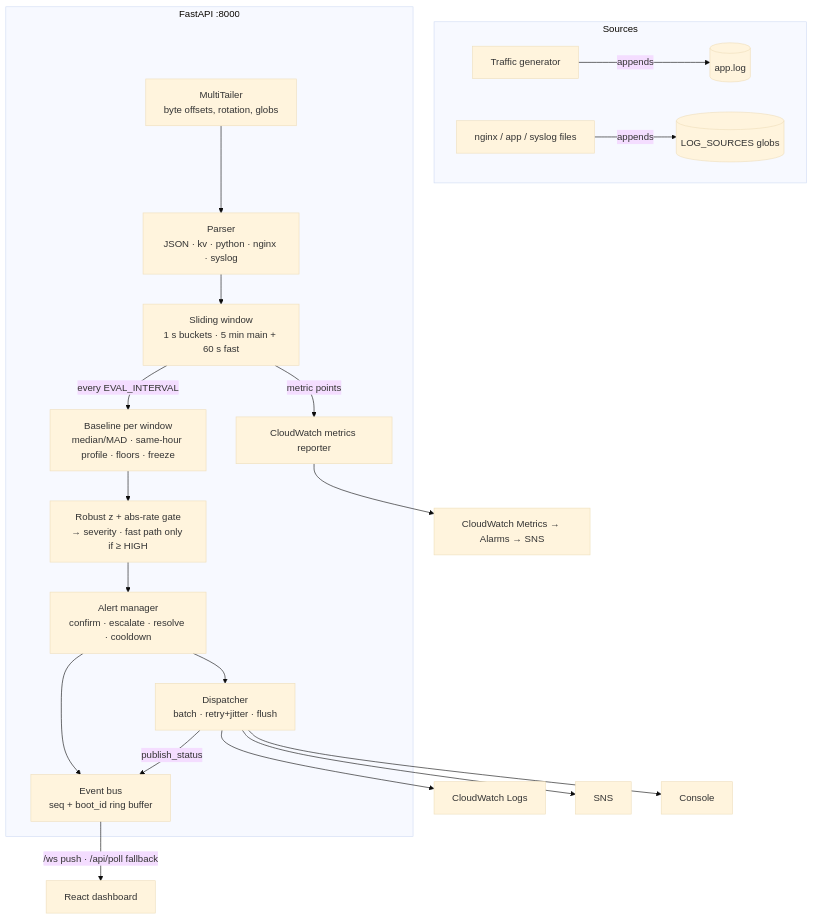
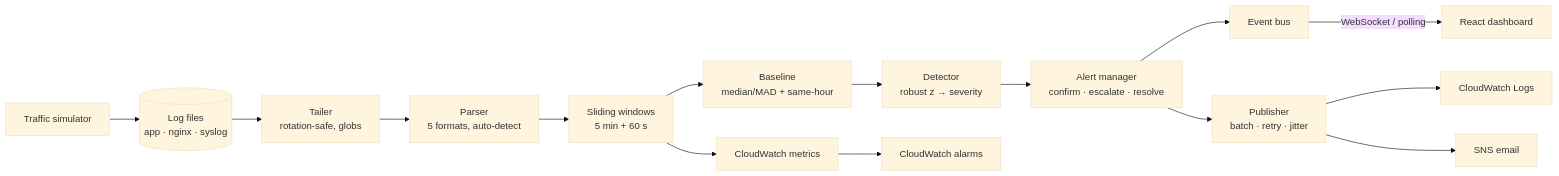
One commit to pronov06/log-watch changed the diagram in README.md. Above: the diagram before and after it, drawn with Mermaid (base theme). The commit also changed other lines of this file and 1 other file, not shown here.

Commit message:
README: rewrite for Log Watch; new dashboard screenshot

````diff
--- a/README.md
+++ b/README.md
@@ -143,21 +76,16 @@
 ```mermaid
-flowchart TD
-    subgraph Sources
-        SIM[Traffic generator] -->|appends| LOGFILE[(app.log)]
-        REAL[nginx / app / syslog files] -->|appends| LOGFILE2[(LOG_SOURCES globs)]
-    end
-    subgraph Backend [FastAPI :8000]
-        TAILER[MultiTailer<br/>byte offsets, rotation, globs] --> PARSER[Parser<br/>JSON · kv · python · nginx · syslog]
-        PARSER --> WINDOW[Sliding window<br/>1 s buckets · 5 min main + 60 s fast]
-        WINDOW -->|every EVAL_INTERVAL| BASELINE[Baseline per window<br/>median/MAD · same-hour profile · floors · freeze]
-        BASELINE --> DETECTOR[Robust z + abs-rate gate<br/>→ severity · fast path only if ≥ HIGH]
-        DETECTOR --> ALERTS[Alert manager<br/>confirm · escalate · resolve · cooldown]
-        ALERTS --> BUS[Event bus<br/>seq + boot_id ring buffer]
-        ALERTS --> DISPATCH[Dispatcher<br/>batch · retry+jitter · flush]
-        WINDOW -->|metric points| METRICS[CloudWatch metrics reporter]
-    end
-    DISPATCH --> CWL[CloudWatch Logs] & SNSN[SNS] & CON[Console]
-    METRICS --> CWM[CloudWatch Metrics → Alarms → SNS]
-    DISPATCH -->|publish_status| BUS
-    BUS -->|/ws push · /api/poll fallback| UI[React dashboard]
+flowchart LR
+    LOGS[(Log files<br/>app · nginx · syslog)] --> TAIL[Tailer<br/>rotation-safe, globs]
+    SIM[Traffic simulator] --> LOGS
+    TAIL --> PARSE[Parser<br/>5 formats, auto-detect]
+    PARSE --> WIN[Sliding windows<br/>5 min + 60 s]
+    WIN --> BASE[Baseline<br/>median/MAD + same-hour]
+    BASE --> DET[Detector<br/>robust z → severity]
+    DET --> ALERT[Alert manager<br/>confirm · escalate · resolve]
+    ALERT --> BUS[Event bus]
+    BUS -->|WebSocket / polling| UI[React dashboard]
+    ALERT --> PUB[Publisher<br/>batch · retry · jitter]
+    PUB --> CW[CloudWatch Logs]
+    PUB --> SNS[SNS email]
+    WIN --> MET[CloudWatch metrics] --> ALARM[CloudWatch alarms]
 ```
````
